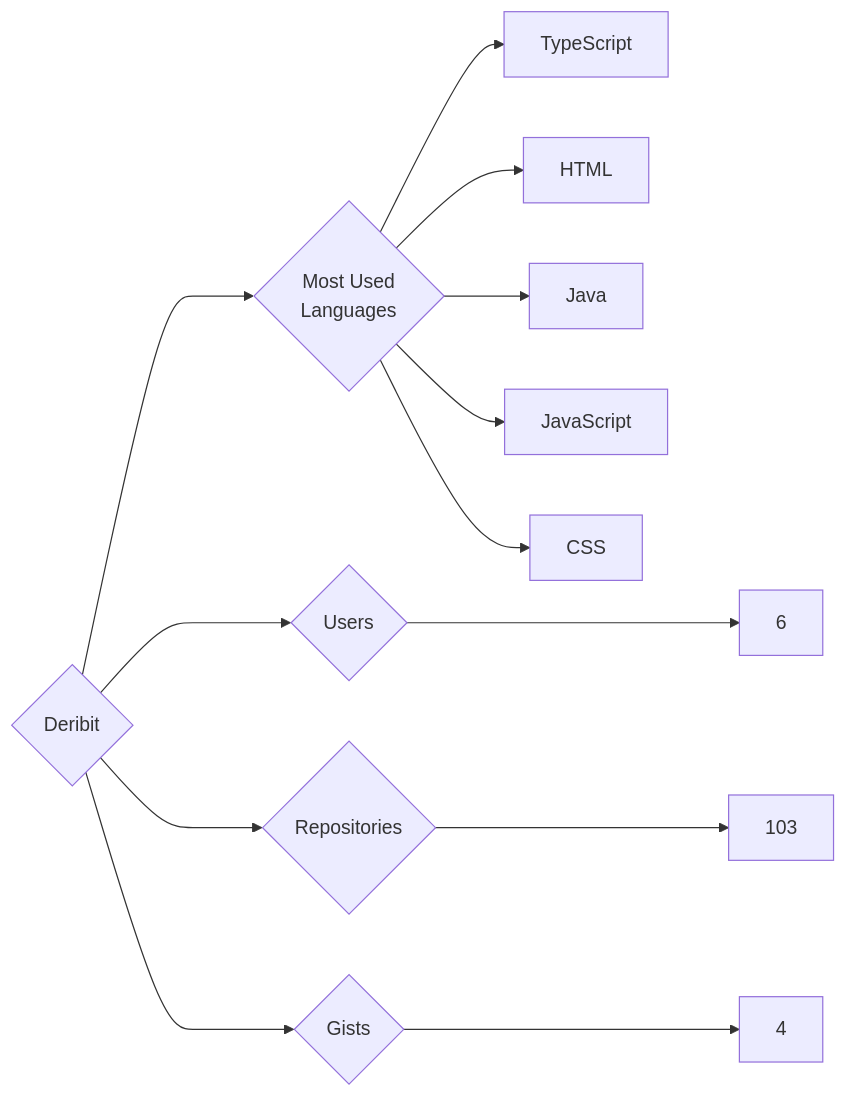
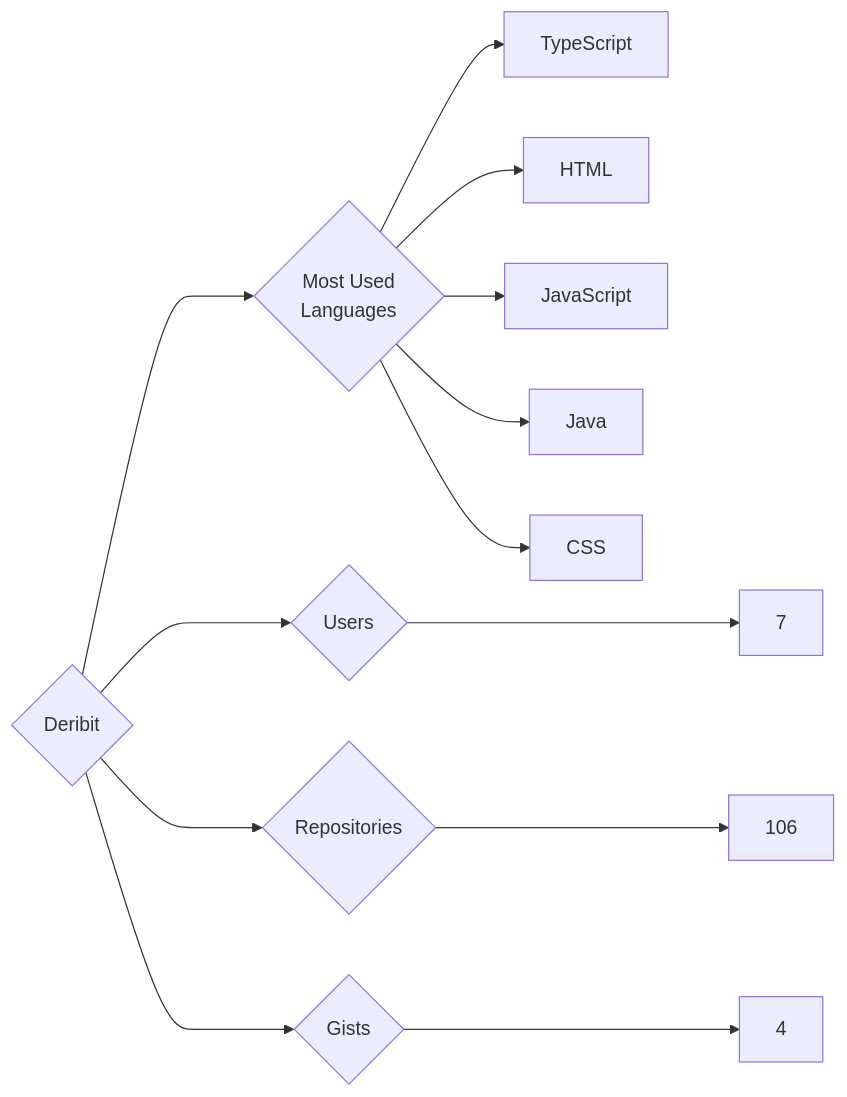
Before and after one commit to trickest/insiders: the diagram in targets/Deribit/README.md, drawn with Mermaid. The commit also changed 1078 other files, not shown here.

````diff
--- a/targets/Deribit/README.md
+++ b/targets/Deribit/README.md
@@ -3,13 +3,13 @@
 ```mermaid
 graph LR
 COMPANY_NAME{Deribit}
-COMPANY_NAME ---> U{Users} ---> UN[6]
-COMPANY_NAME ---> R{Repositories} ---> RN[103]
+COMPANY_NAME ---> U{Users} ---> UN[7]
+COMPANY_NAME ---> R{Repositories} ---> RN[106]
 COMPANY_NAME ---> G{Gists} ---> GN[4]
 COMPANY_NAME ---> ML{Most Used<br>Languages}
 ML --> TypeScript[TypeScript]
 ML --> HTML[HTML]
+ML --> JavaScript[JavaScript]
 ML --> Java[Java]
-ML --> JavaScript[JavaScript]
 ML --> CSS[CSS]
 ```
````
